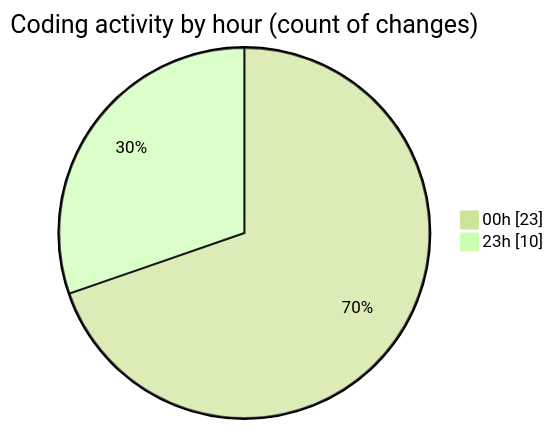
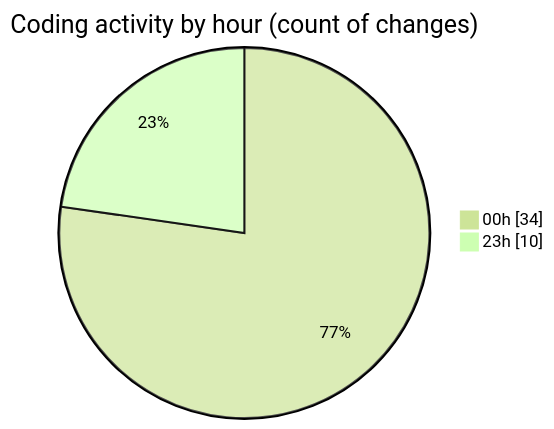
Before and after one commit to lephambinh05/code-tracking: the second of 2 diagrams in 2025-07-15/nhahang/README.md, drawn with Mermaid (forest theme). The commit also changed other lines of this file and 1 other file, not shown here.

````diff
--- a/2025-07-15/nhahang/README.md
+++ b/2025-07-15/nhahang/README.md
@@ -43,6 +50,6 @@
 ```mermaid
 pie showData
 title Coding activity by hour (count of changes)
-"00h" : 23
+"00h" : 34
 "23h" : 10
 ```
````
